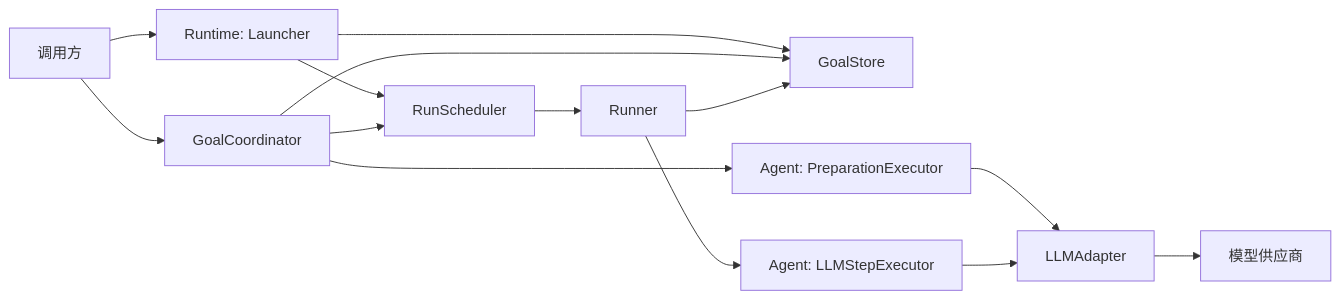
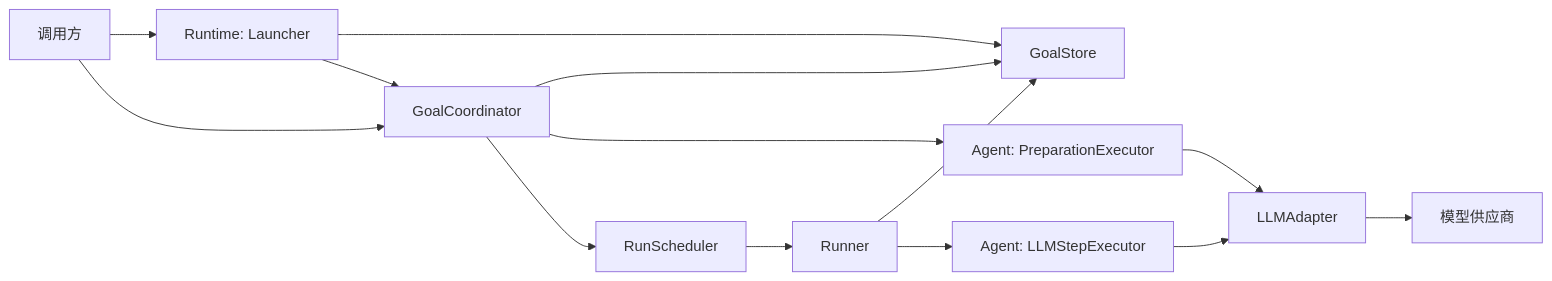
Before and after one commit to ccasJay/LazyGoal: the diagram in docs/architecture/README.md, drawn with Mermaid. The commit also changed other lines of this file and 10 other files, not shown here.

````diff
--- a/docs/architecture/README.md
+++ b/docs/architecture/README.md
@@ -17,16 +17,16 @@
 ```mermaid
 flowchart LR
     C[调用方] --> L[Runtime: Launcher]
     C --> G[GoalCoordinator]
     L --> S[GoalStore]
-    L --> Q[RunScheduler]
+    L --> G
     G --> S
     G --> PE[Agent: PreparationExecutor]
     G --> Q[RunScheduler]
     Q --> R[Runner]
     R --> S
     R --> E[Agent: LLMStepExecutor]
     PE --> A[LLMAdapter]
     E --> A
     A --> V[模型供应商]
 ```
````
